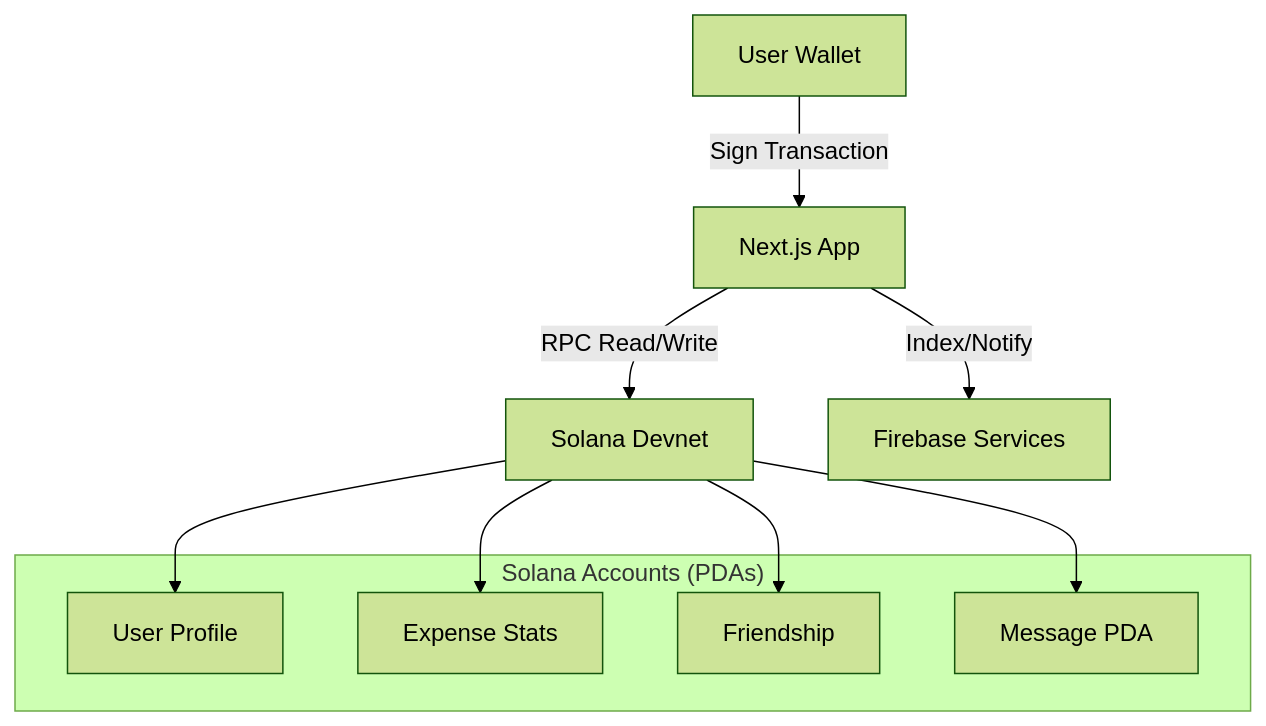
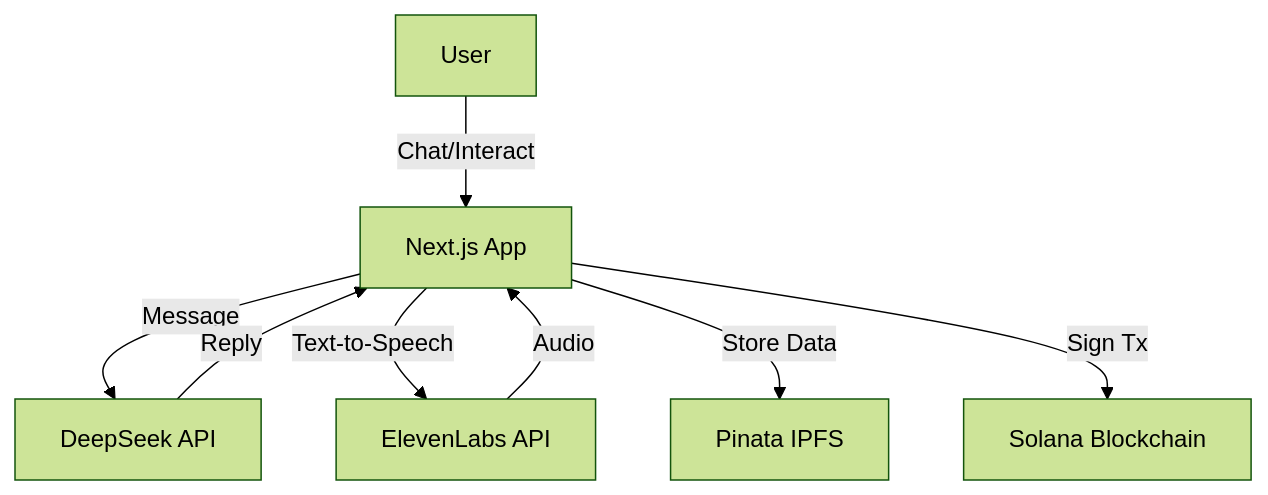
Before and after one commit to Sinhua0201/SolaMate: the diagram in README.md, drawn with Mermaid (forest theme). The commit also changed other lines of this file, not shown here.

````diff
--- a/README.md
+++ b/README.md
@@ -75,18 +54,11 @@
 ```mermaid
 graph TD
-    User[User Wallet] -->|Sign Transaction| Frontend[Next.js App]
-    Frontend -->|RPC Read/Write| Solana[Solana Devnet]
-    Frontend -->|Index/Notify| Firebase[Firebase Services]
+    User[User] -->|Chat/Interact| Frontend[Next.js App]
+    Frontend -->|Message| DeepSeek[DeepSeek API]
+    Frontend -->|Text-to-Speech| Eleven[ElevenLabs API]
+    Frontend -->|Store Data| Pinata[Pinata IPFS]
+    Frontend -->|Sign Tx| Solana[Solana Blockchain]
     
-    subgraph "Solana Accounts (PDAs)"
-        Profile[User Profile]
-        Stats[Expense Stats]
-        Friend[Friendship]
-        Msg[Message PDA]
-    end
-    
-    Solana --> Profile
-    Solana --> Stats
-    Solana --> Friend
-    Solana --> Msg
+    DeepSeek -->|Reply| Frontend
+    Eleven -->|Audio| Frontend
 ```
````
